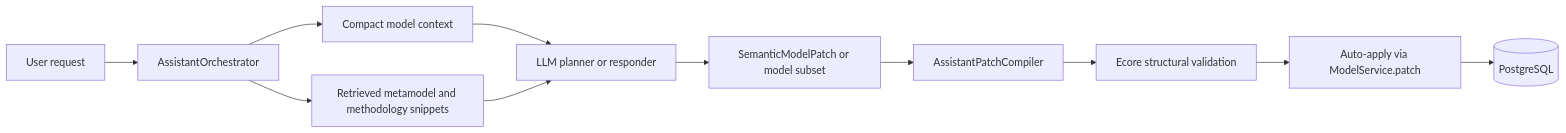
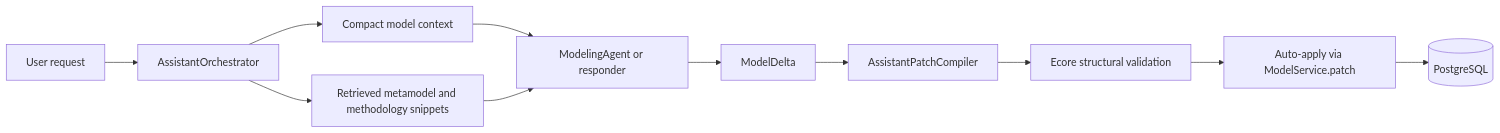
Before and after one commit to mehdieidi/modriss: the diagram in docs/internal/ai/implementation-learning-guide.md, drawn with Mermaid. The commit also changed other lines of this file and 130 other files, not shown here.

Commit message:
feat(ai): enhance the modeling agent

````diff
--- a/docs/internal/ai/implementation-learning-guide.md
+++ b/docs/internal/ai/implementation-learning-guide.md
@@ -27,24 +27,24 @@
 ```mermaid
 flowchart LR
     user["User request"]
     backend["AssistantOrchestrator"]
     context["Compact model context"]
     rag["Retrieved metamodel and methodology snippets"]
-    llm["LLM planner or responder"]
-    semantic["SemanticModelPatch or model subset"]
+    llm["ModelingAgent or responder"]
+    delta["ModelDelta"]
     compiler["AssistantPatchCompiler"]
     validate["Ecore structural validation"]
     apply["Auto-apply via ModelService.patch"]
     db[("PostgreSQL")]
 
     user --> backend
     backend --> context
     backend --> rag
     context --> llm
     rag --> llm
-    llm --> semantic
-    semantic --> compiler
+    llm --> delta
+    delta --> compiler
     compiler --> validate
     validate --> apply
     apply --> db
 ```
````
